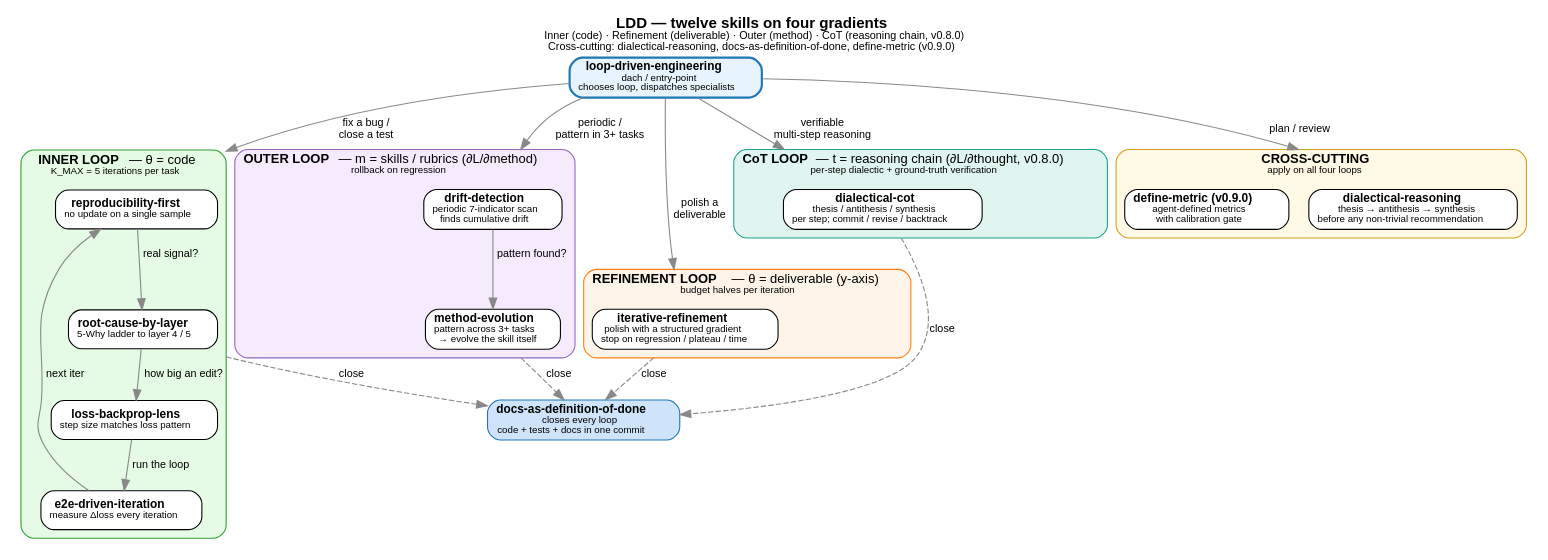
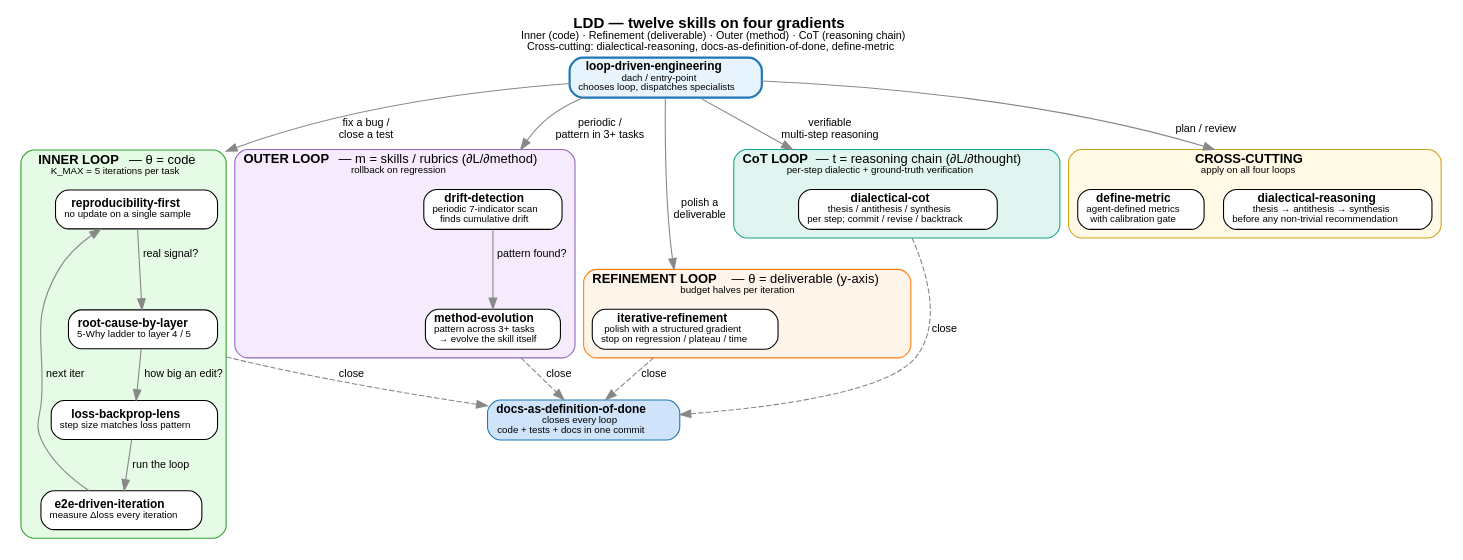
The diagram in diagrams/skills-overview.dot (veegee82/loss-driven-development), drawn with Graphviz before and after one commit. The commit also changed 8 other files, not shown here.

```diff
--- a/diagrams/skills-overview.dot
+++ b/diagrams/skills-overview.dot
@@ -1,104 +1,104 @@
 digraph skills_overview {
   rankdir=TB;
   compound=true;
   node [fontname="Helvetica", shape=box, style="rounded,filled", fontsize=11];
   edge [fontname="Helvetica", fontsize=10, color="#888888"];
   labelloc="t";
-  label=<<b>LDD — twelve skills on four gradients</b><br/><font point-size="10">Inner (code) · Refinement (deliverable) · Outer (method) · CoT (reasoning chain, v0.8.0)<br/>Cross-cutting: dialectical-reasoning, docs-as-definition-of-done, define-metric (v0.9.0)</font>>;
+  label=<<b>LDD — twelve skills on four gradients</b><br/><font point-size="10">Inner (code) · Refinement (deliverable) · Outer (method) · CoT (reasoning chain)<br/>Cross-cutting: dialectical-reasoning, docs-as-definition-of-done, define-metric</font>>;
   fontname="Helvetica";
   fontsize=14;
 
   // Entry point
   lde [
     label=<<b>loop-driven-engineering</b><br/><font point-size="9">dach / entry-point<br/>chooses loop, dispatches specialists</font>>,
     fillcolor="#e8f4fd", color="#1f77b4", shape=box, style="rounded,filled,bold"
   ];
 
   // Close of loop
   ddod [
     label=<<b>docs-as-definition-of-done</b><br/><font point-size="9">closes every loop<br/>code + tests + docs in one commit</font>>,
     fillcolor="#cfe3fa", color="#1f77b4"
   ];
 
   // Inner loop cluster
   subgraph cluster_inner {
     label=<<b>INNER LOOP</b> — θ = code<br/><font point-size="9">K_MAX = 5 iterations per task</font>>;
     style="rounded,filled"; fillcolor="#e6fbe6"; color="#2ca02c"; fontsize=12;
 
     rf [label=<<b>reproducibility-first</b><br/><font point-size="9">no update on a single sample</font>>, fillcolor="#ffffff"];
     rcbl [label=<<b>root-cause-by-layer</b><br/><font point-size="9">5-Why ladder to layer 4 / 5</font>>, fillcolor="#ffffff"];
     lbl [label=<<b>loss-backprop-lens</b><br/><font point-size="9">step size matches loss pattern</font>>, fillcolor="#ffffff"];
     edi [label=<<b>e2e-driven-iteration</b><br/><font point-size="9">measure Δloss every iteration</font>>, fillcolor="#ffffff"];
 
     rf -> rcbl [label="real signal?"];
     rcbl -> lbl [label="how big an edit?"];
     lbl -> edi [label="run the loop"];
     edi -> rf [label="next iter"];
   }
 
   // Refinement loop cluster
   subgraph cluster_refine {
     label=<<b>REFINEMENT LOOP</b> — θ = deliverable (y-axis)<br/><font point-size="9">budget halves per iteration</font>>;
     style="rounded,filled"; fillcolor="#fef4ea"; color="#ff7f0e"; fontsize=12;
 
     ir [
       label=<<b>iterative-refinement</b><br/><font point-size="9">polish with a structured gradient<br/>stop on regression / plateau / time</font>>,
       fillcolor="#ffffff"
     ];
   }
 
   // Outer loop cluster
   subgraph cluster_outer {
     label=<<b>OUTER LOOP</b> — m = skills / rubrics (∂L/∂method)<br/><font point-size="9">rollback on regression</font>>;
     style="rounded,filled"; fillcolor="#f5ebfd"; color="#9467bd"; fontsize=12;
 
     me [
       label=<<b>method-evolution</b><br/><font point-size="9">pattern across 3+ tasks<br/>→ evolve the skill itself</font>>,
       fillcolor="#ffffff"
     ];
     dd [
       label=<<b>drift-detection</b><br/><font point-size="9">periodic 7-indicator scan<br/>finds cumulative drift</font>>,
       fillcolor="#ffffff"
     ];
     dd -> me [label="pattern found?"];
   }
 
-  // CoT loop cluster (v0.8.0, fourth axis)
+  // CoT loop cluster (fourth axis)
   subgraph cluster_cot {
-    label=<<b>CoT LOOP</b> — t = reasoning chain (∂L/∂thought, v0.8.0)<br/><font point-size="9">per-step dialectic + ground-truth verification</font>>;
+    label=<<b>CoT LOOP</b> — t = reasoning chain (∂L/∂thought)<br/><font point-size="9">per-step dialectic + ground-truth verification</font>>;
     style="rounded,filled"; fillcolor="#e0f5f0"; color="#17a68c"; fontsize=12;
 
     dcot [
       label=<<b>dialectical-cot</b><br/><font point-size="9">thesis / antithesis / synthesis<br/>per step; commit / revise / backtrack</font>>,
       fillcolor="#ffffff"
     ];
   }
 
   // Cross-cutting
   subgraph cluster_cross {
     label=<<b>CROSS-CUTTING</b><br/><font point-size="9">apply on all four loops</font>>;
     style="rounded,filled"; fillcolor="#fff9e6"; color="#d4a017"; fontsize=12;
 
     dr [
       label=<<b>dialectical-reasoning</b><br/><font point-size="9">thesis → antithesis → synthesis<br/>before any non-trivial recommendation</font>>,
       fillcolor="#ffffff"
     ];
     dm [
-      label=<<b>define-metric (v0.9.0)</b><br/><font point-size="9">agent-defined metrics<br/>with calibration gate</font>>,
+      label=<<b>define-metric</b><br/><font point-size="9">agent-defined metrics<br/>with calibration gate</font>>,
       fillcolor="#ffffff"
     ];
   }
 
   // Wiring from entry-point
   lde -> rf [lhead=cluster_inner, label="fix a bug /\nclose a test"];
   lde -> ir [lhead=cluster_refine, label="polish a\ndeliverable"];
   lde -> dd [lhead=cluster_outer, label="periodic /\npattern in 3+ tasks"];
   lde -> dcot [lhead=cluster_cot, label="verifiable\nmulti-step reasoning"];
   lde -> dr [lhead=cluster_cross, label="plan / review"];
 
   // Close — every loop ends in ddod
   rcbl -> ddod [style=dashed, label="close", ltail=cluster_inner];
   ir -> ddod [style=dashed, label="close", ltail=cluster_refine];
   me -> ddod [style=dashed, label="close", ltail=cluster_outer];
   dcot -> ddod [style=dashed, label="close", ltail=cluster_cot];
 }
```
